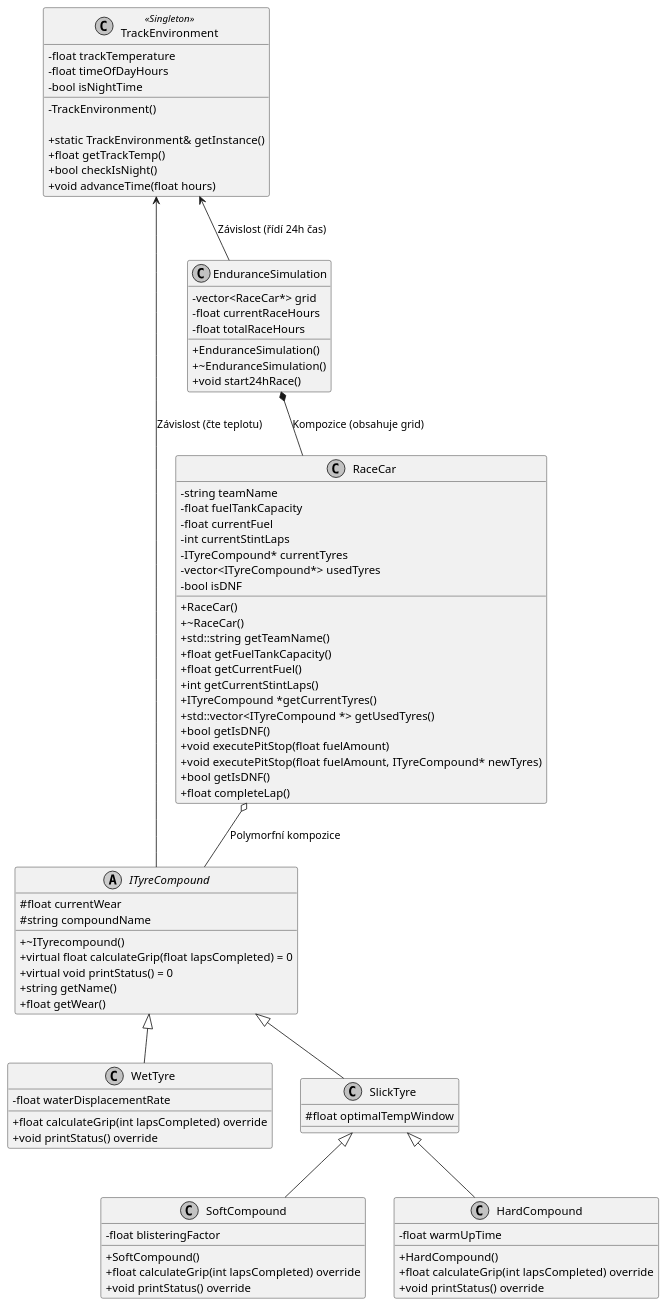
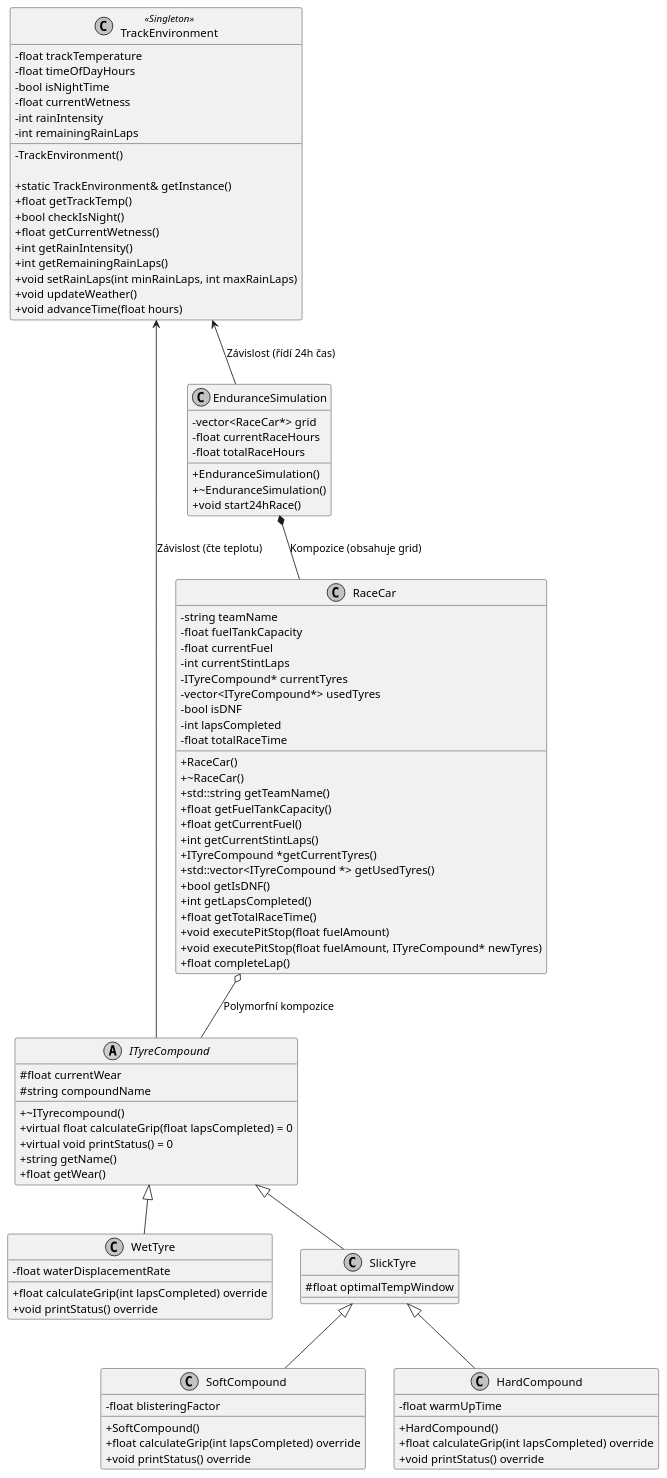
One commit to PetrikVojtech/tyreStrategySimulator changed the diagram in UML-diagram/diagram.puml. Above: the diagram before and after it, drawn with PlantUML. The commit also changed 9 other files, not shown here.

```diff
--- a/UML-diagram/diagram.puml
+++ b/UML-diagram/diagram.puml
@@ -1,98 +1,109 @@
 @startuml tyreStrategySimDiagram
 skinparam classAttributeIconSize 0
 skinparam monochrome true
 
 class TrackEnvironment <<Singleton>> {
   - float trackTemperature
   - float timeOfDayHours
   - bool isNightTime
+  - float currentWetness
+  - int rainIntensity
+  - int remainingRainLaps
   - TrackEnvironment()
   
   + static TrackEnvironment& getInstance()
   + float getTrackTemp()
   + bool checkIsNight()
+  + float getCurrentWetness()
+  + int getRainIntensity()
+  + int getRemainingRainLaps()
+  + void setRainLaps(int minRainLaps, int maxRainLaps)
+  + void updateWeather()
   + void advanceTime(float hours)
 }
 
 abstract class ITyreCompound {
   # float currentWear
   # string compoundName
 
   + ~ITyrecompound()
   + virtual float calculateGrip(float lapsCompleted) = 0
   + virtual void printStatus() = 0
   + string getName()
   + float getWear()
 }
 
 class WetTyre {
   - float waterDisplacementRate
 
   + float calculateGrip(int lapsCompleted) override
   + void printStatus() override
 }
 
 class SlickTyre {
   # float optimalTempWindow
 }
 
 class SoftCompound {
   - float blisteringFactor
 
   + SoftCompound()
   + float calculateGrip(int lapsCompleted) override
   + void printStatus() override
 }
 
 class HardCompound {
   - float warmUpTime
 
   + HardCompound()
   + float calculateGrip(int lapsCompleted) override
   + void printStatus() override
 }
 
 class RaceCar {
   - string teamName
   - float fuelTankCapacity
   - float currentFuel
   - int currentStintLaps
   - ITyreCompound* currentTyres
   - vector<ITyreCompound*> usedTyres
   - bool isDNF
+  - int lapsCompleted
+  - float totalRaceTime
 
   + RaceCar()
   + ~RaceCar()
   + std::string getTeamName()
   + float getFuelTankCapacity()
   + float getCurrentFuel()
   + int getCurrentStintLaps()
   + ITyreCompound *getCurrentTyres()
   + std::vector<ITyreCompound *> getUsedTyres()
   + bool getIsDNF()
+  + int getLapsCompleted()
+  + float getTotalRaceTime()
   + void executePitStop(float fuelAmount)
   + void executePitStop(float fuelAmount, ITyreCompound* newTyres)
-  + bool getIsDNF()
   + float completeLap()
 }
 
 class EnduranceSimulation {
   - vector<RaceCar*> grid
   - float currentRaceHours
   - float totalRaceHours
   
   + EnduranceSimulation()
   + ~EnduranceSimulation()
   + void start24hRace()
 }
 
 ITyreCompound <|-- WetTyre
 ITyreCompound <|-- SlickTyre
 SlickTyre <|-- SoftCompound
 SlickTyre <|-- HardCompound
 
 RaceCar o-- ITyreCompound : "Polymorfní kompozice"
 EnduranceSimulation *-- RaceCar : "Kompozice (obsahuje grid)"
 TrackEnvironment <-- ITyreCompound : "Závislost (čte teplotu)"
 TrackEnvironment <-- EnduranceSimulation : "Závislost (řídí 24h čas)"
 @enduml
```
